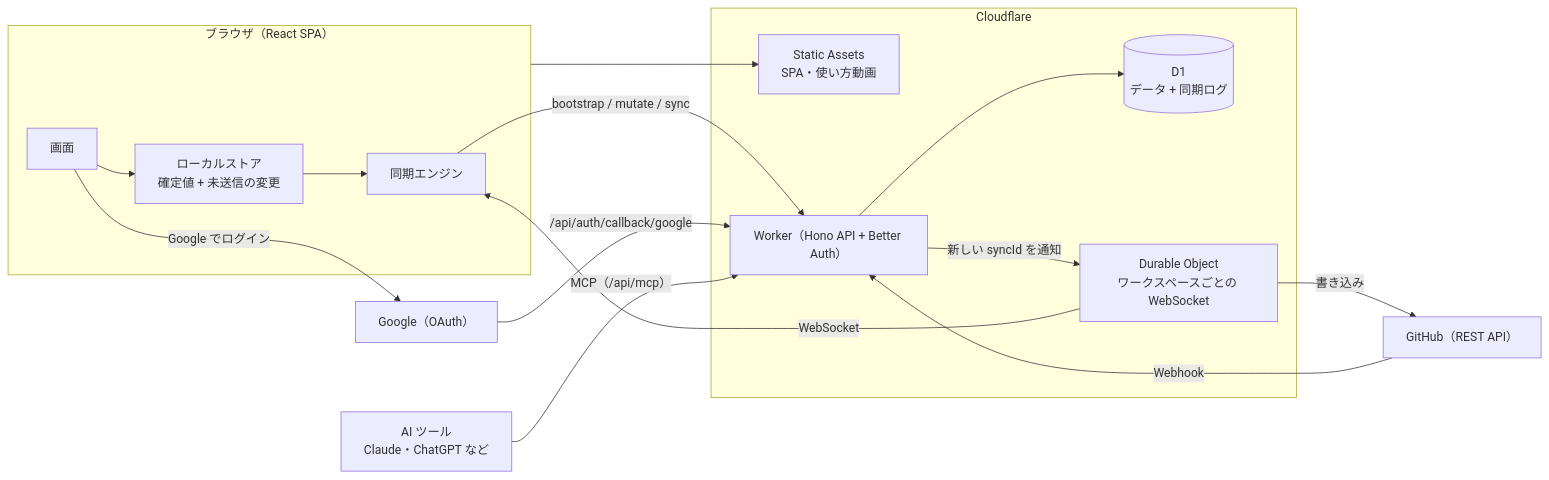
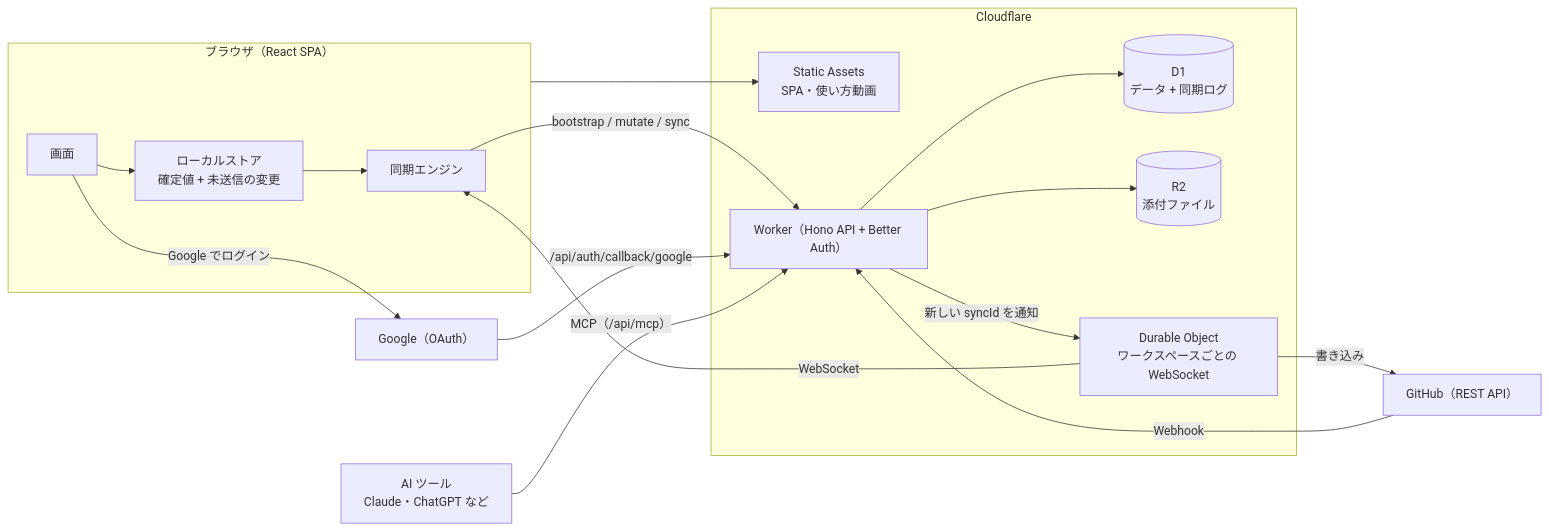
One commit to otomatty/sen changed the diagram in README.md. Above: the diagram before and after it, drawn with Mermaid. The commit also changed other lines of this file and 28 other files, not shown here.

````diff
--- a/README.md
+++ b/README.md
@@ -58,22 +58,24 @@
 ```mermaid
 flowchart LR
   subgraph Browser["ブラウザ（React SPA）"]
     UI["画面"] --> Store["ローカルストア<br/>確定値 + 未送信の変更"]
     Store --> Engine["同期エンジン"]
   end
   subgraph CF["Cloudflare"]
     Assets["Static Assets<br/>SPA・使い方動画"]
     Worker["Worker（Hono API + Better Auth）"]
     D1[("D1<br/>データ + 同期ログ")]
+    R2[("R2<br/>添付ファイル")]
     DO["Durable Object<br/>ワークスペースごとの WebSocket"]
   end
   Engine -- "bootstrap / mutate / sync" --> Worker
   UI -- "Google でログイン" --> Google["Google（OAuth）"] -- "/api/auth/callback/google" --> Worker
   AI["AI ツール<br/>Claude・ChatGPT など"] -- "MCP（/api/mcp）" --> Worker
   Worker --> D1
+  Worker --> R2
   Worker -- "新しい syncId を通知" --> DO
   DO -- "WebSocket" --> Engine
   DO -- "書き込み" --> GH["GitHub（REST API）"]
   GH -- "Webhook" --> Worker
   Browser --> Assets
 ```
````
